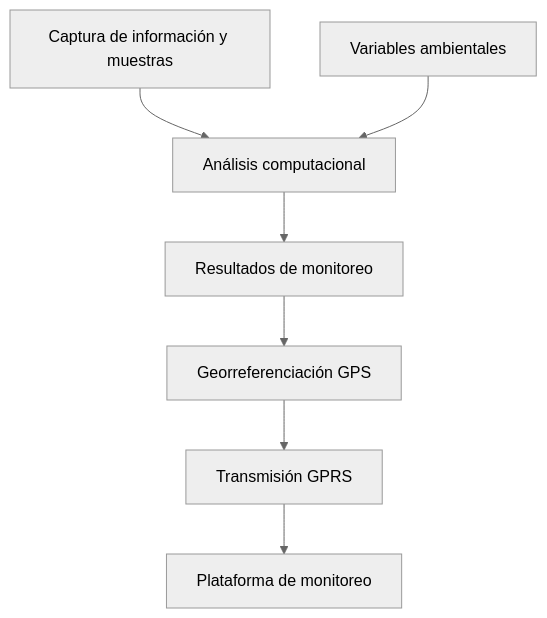
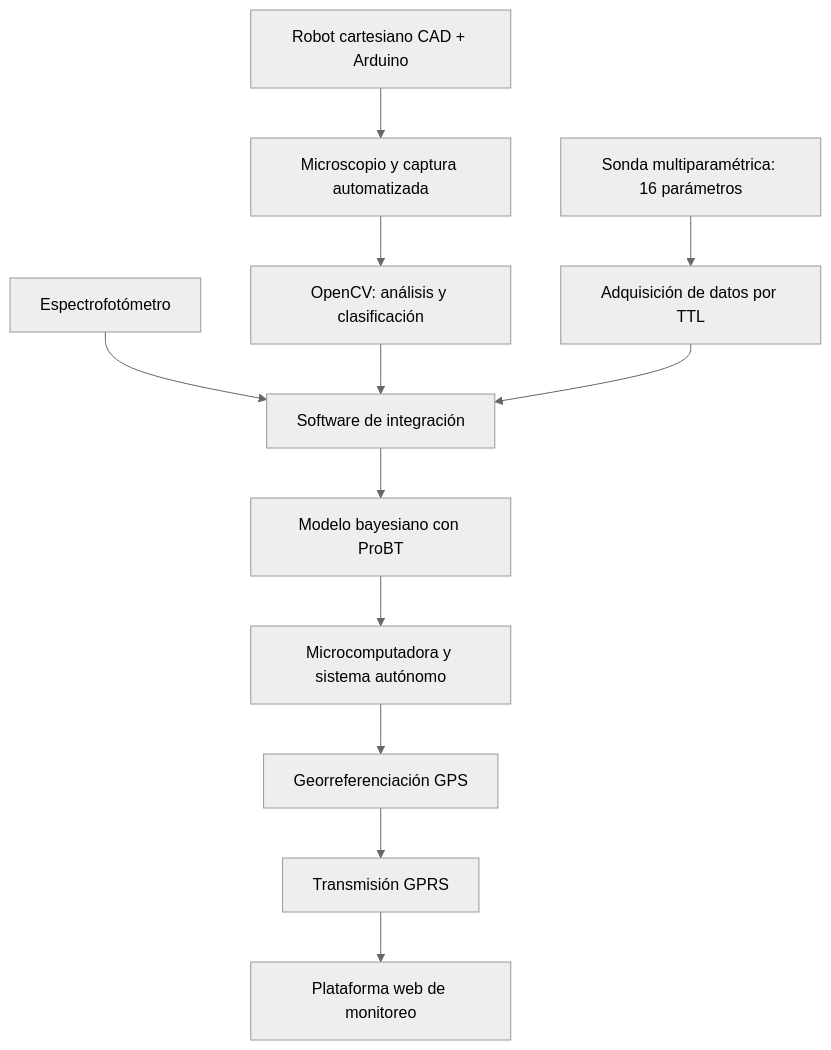
One commit to isaiassolis/harmful-algal-bloom-monitoring-system changed the diagram in README.md. Above: the diagram before and after it, drawn with Mermaid (neutral theme). The commit also changed other lines of this file, not shown here.

````diff
--- a/README.md
+++ b/README.md
@@ -58,9 +74,14 @@
 ```mermaid
 flowchart TD
-    A[Captura de información y muestras] --> B[Análisis computacional]
-    C[Variables ambientales] --> B
-    B --> D[Resultados de monitoreo]
-    D --> E[Georreferenciación GPS]
-    E --> F[Transmisión GPRS]
-    F --> G[Plataforma de monitoreo]
+    A[Robot cartesiano CAD + Arduino] --> B[Microscopio y captura automatizada]
+    B --> C[OpenCV: análisis y clasificación]
+    D[Sonda multiparamétrica: 16 parámetros] --> E[Adquisición de datos por TTL]
+    F[Espectrofotómetro] --> G[Software de integración]
+    C --> G
+    E --> G
+    G --> H[Modelo bayesiano con ProBT]
+    H --> I[Microcomputadora y sistema autónomo]
+    I --> J[Georreferenciación GPS]
+    J --> K[Transmisión GPRS]
+    K --> L[Plataforma web de monitoreo]
 ```
````
